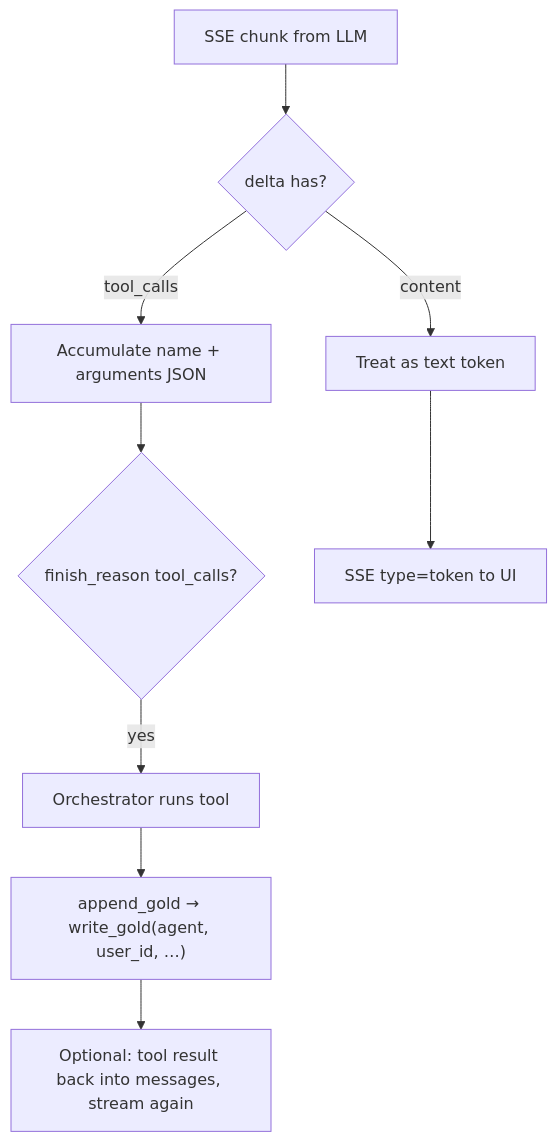
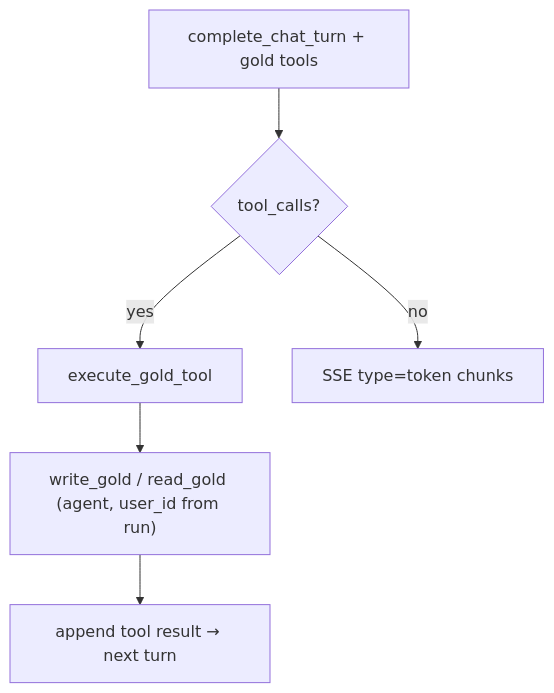
One commit to abhishekjasani/AgentAnyStack changed the fifth of 5 diagrams in docs/architecture/11_CHAT.md. Above: the diagram before and after it, drawn with Mermaid. The commit also changed other lines of this file and 14 other files, not shown here.

First line of the commit message:
Refactor gold notepad handling to use orchestrator-mediated tools

````diff
--- a/docs/architecture/11_CHAT.md
+++ b/docs/architecture/11_CHAT.md
@@ -296,12 +234,9 @@
 ```mermaid
 flowchart TB
-    CHUNK[SSE chunk from LLM]
-    CHUNK --> D{delta has?}
-    D -->|content| TOK[Treat as text token]
-    D -->|tool_calls| ACC[Accumulate name + arguments JSON]
-    ACC --> DONE{finish_reason tool_calls?}
-    DONE -->|yes| EXEC[Orchestrator runs tool]
-    EXEC --> GOLD["append_gold → write_gold(agent, user_id, …)"]
-    GOLD --> CONT[Optional: tool result back into messages, stream again]
-    TOK --> UI[SSE type=token to UI]
+    TURN[complete_chat_turn + gold tools]
+    TURN --> D{tool_calls?}
+    D -->|yes| EXEC[execute_gold_tool]
+    EXEC --> GOLD["write_gold / read_gold (agent, user_id from run)"]
+    GOLD --> CONT[append tool result → next turn]
+    D -->|no| TOK[SSE type=token chunks]
 ```
````
